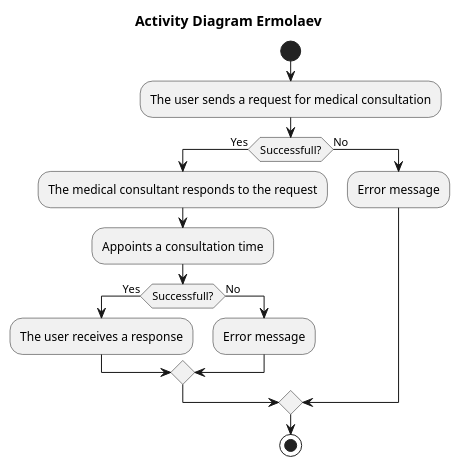
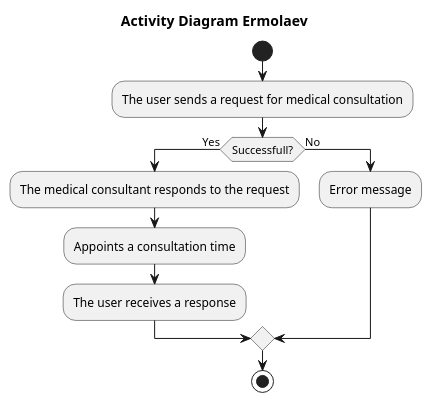
Before and after one commit to oleksandrblazhko/ai-214-ermolaev: the diagram in 2-SoftwareDesign/2.7-PlantUML/UML-Activity.puml, drawn with PlantUML.

```diff
--- a/2-SoftwareDesign/2.7-PlantUML/UML-Activity.puml
+++ b/2-SoftwareDesign/2.7-PlantUML/UML-Activity.puml
@@ -1,19 +1,15 @@
 @startuml
 title Activity Diagram Ermolaev
 
 start
 :The user sends a request for medical consultation;
 if (Successfull?) then (Yes)
   :The medical consultant responds to the request;
   :Appoints a consultation time;
-  if (Successfull?) then (Yes)
-    :The user receives a response;
-  else (No)
-    :Error message;
-  endif
+  :The user receives a response;
 else (No)
   :Error message;
 endif
 stop
 
 @enduml
```
